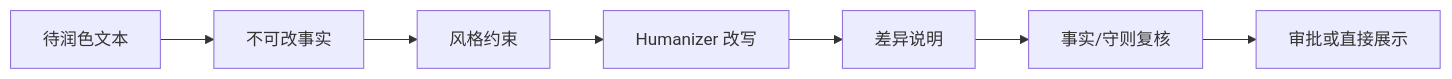
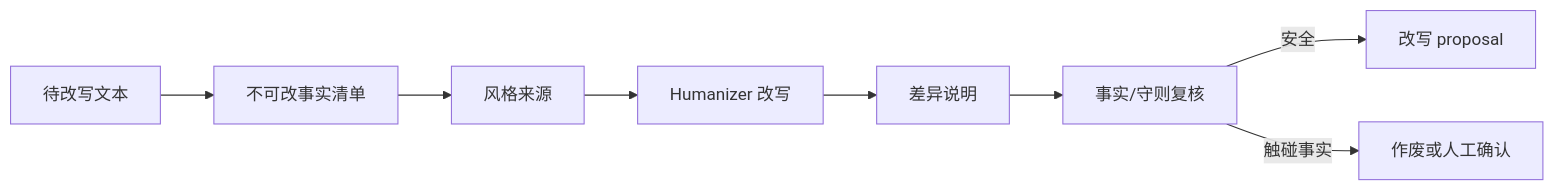
One commit to jinhuang712/open-novel changed the first of 3 diagrams in spec/09-style-and-humanizer.md. Above: the diagram before and after it, drawn with Mermaid. The commit also changed other lines of this file and 15 other files, not shown here.

````diff
--- a/spec/09-style-and-humanizer.md
+++ b/spec/09-style-and-humanizer.md
@@ -66,9 +19,10 @@
 ```mermaid
 flowchart LR
-  Text[待润色文本] --> Facts[不可改事实]
-  Facts --> Style[风格约束]
-  Style --> Humanizer[Humanizer 改写]
-  Humanizer --> Diff[差异说明]
-  Diff --> Validate[事实/守则复核]
-  Validate --> Approval[审批或直接展示]
+  Source[待改写文本] --> Facts[不可改事实清单]
+  Facts --> Style[风格来源]
+  Style --> Rewrite[Humanizer 改写]
+  Rewrite --> Diff[差异说明]
+  Diff --> Guard[事实/守则复核]
+  Guard -->|安全| Proposal[改写 proposal]
+  Guard -->|触碰事实| Reject[作废或人工确认]
 ```
````
